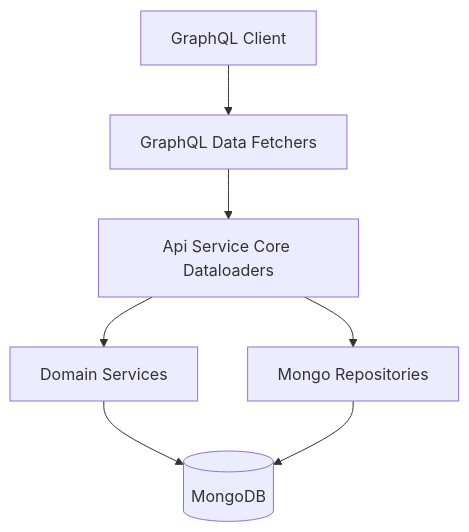
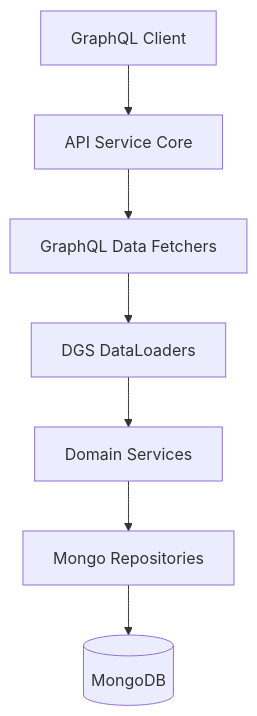
One commit to flamingo-stack/openframe-oss-lib changed the first of 3 diagrams in docs/reference/architecture/api-service-core-dataloaders/api-service-core-dataloaders.md. Above: the diagram before and after it, drawn with Mermaid. The commit also changed other lines of this file and 1809 other files, not shown here.

````diff
--- a/docs/reference/architecture/api-service-core-dataloaders/api-service-core-dataloaders.md
+++ b/docs/reference/architecture/api-service-core-dataloaders/api-service-core-dataloaders.md
@@ -24,9 +22,9 @@
 ```mermaid
 flowchart TD
-    Client["GraphQL Client"] --> GQL["GraphQL Data Fetchers"]
-    GQL --> DL["Api Service Core Dataloaders"]
-    DL --> Service["Domain Services"]
-    DL --> Repo["Mongo Repositories"]
-    Service --> Mongo[("MongoDB")]
-    Repo --> Mongo
+    Client["GraphQL Client"] --> ApiService["API Service Core"]
+    ApiService --> DataFetcher["GraphQL Data Fetchers"]
+    DataFetcher --> DataLoader["DGS DataLoaders"]
+    DataLoader --> ServiceLayer["Domain Services"]
+    ServiceLayer --> RepositoryLayer["Mongo Repositories"]
+    RepositoryLayer --> MongoDB[("MongoDB")]
 ```
````
